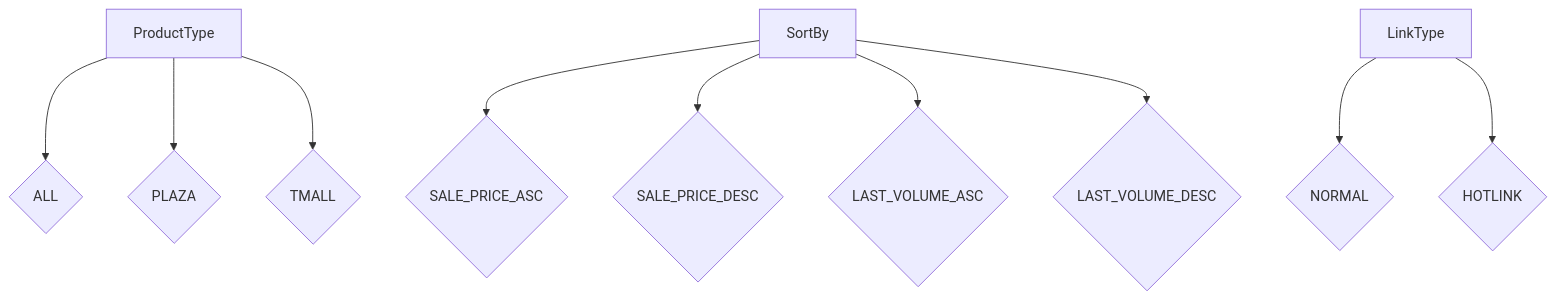
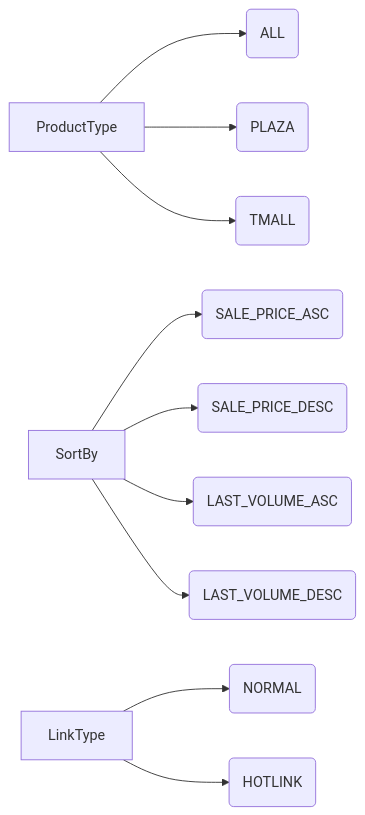
One commit to hypo69/hypo changed the diagram in docs/gemini/ru/explainer/src/suppliers/aliexpress/api/models/request_parameters.md. Above: the diagram before and after it, drawn with Mermaid. The commit also changed other lines of this file and 468 other files, not shown here.

````diff
--- a/docs/gemini/ru/explainer/src/suppliers/aliexpress/api/models/request_parameters.md
+++ b/docs/gemini/ru/explainer/src/suppliers/aliexpress/api/models/request_parameters.md
@@ -33,12 +47,12 @@
 ```mermaid
-graph TD
-    A[ProductType] --> B{ALL};
-    A --> C{PLAZA};
-    A --> D{TMALL};
-    E[SortBy] --> F{SALE_PRICE_ASC};
-    E --> G{SALE_PRICE_DESC};
-    E --> H{LAST_VOLUME_ASC};
-    E --> I{LAST_VOLUME_DESC};
-    J[LinkType] --> K{NORMAL};
-    J --> L{HOTLINK};
+graph LR
+    A[ProductType] --> B(ALL);
+    A --> C(PLAZA);
+    A --> D(TMALL);
+    E[SortBy] --> F(SALE_PRICE_ASC);
+    E --> G(SALE_PRICE_DESC);
+    E --> H(LAST_VOLUME_ASC);
+    E --> I(LAST_VOLUME_DESC);
+    J[LinkType] --> K(NORMAL);
+    J --> L(HOTLINK);
 ```
````
